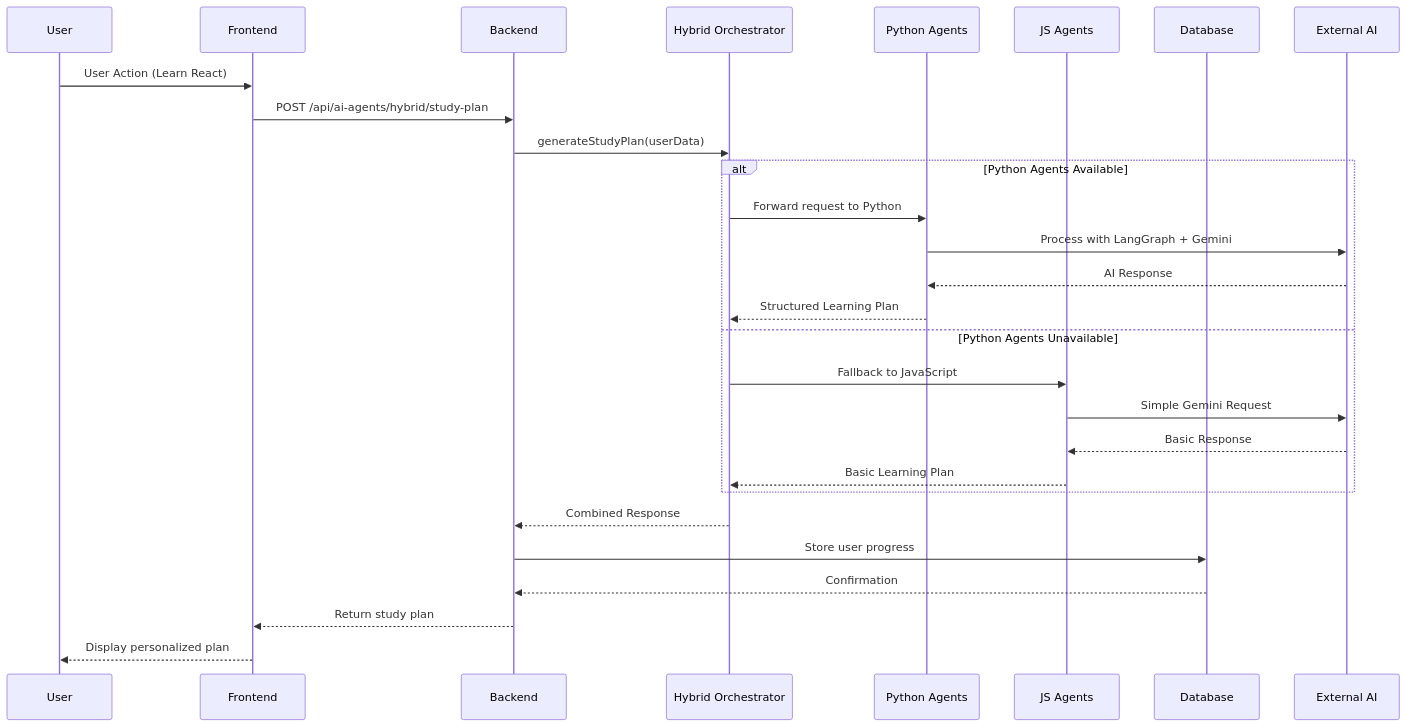
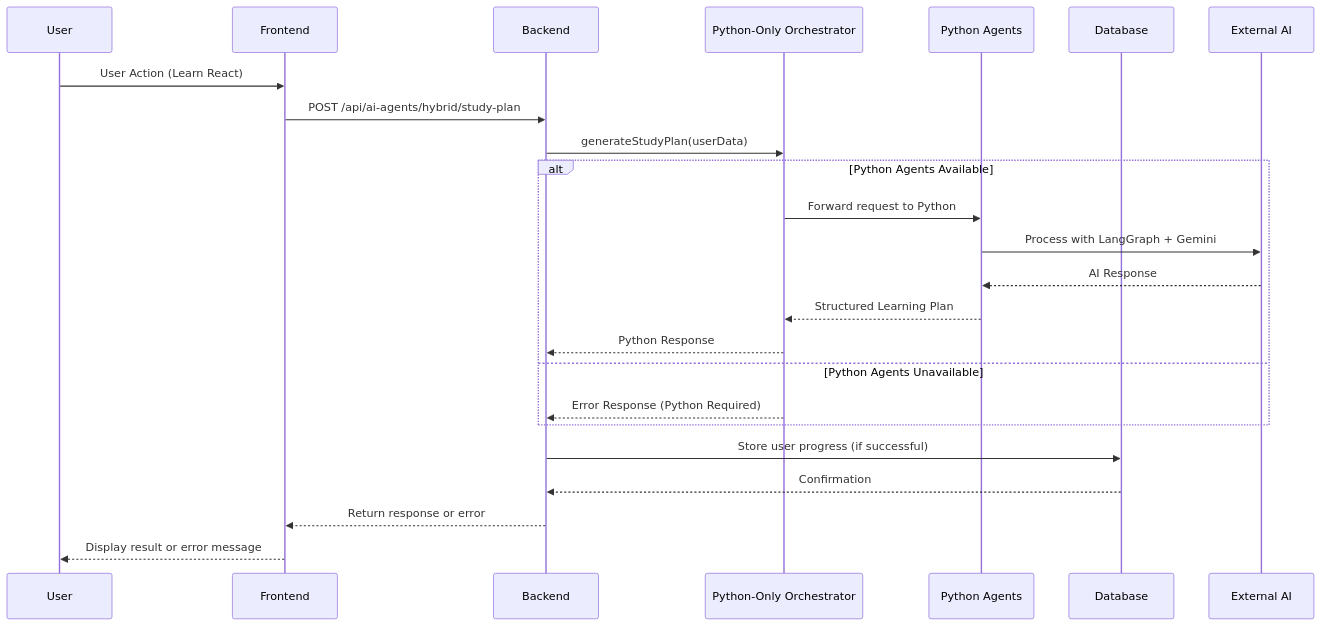
The second of 5 diagrams in PROJECT_ANALYSIS.md (sanjaynesan-05/AI-Powered-Study-Assistant), drawn with Mermaid before and after one commit. The commit also changed other lines of this file and 35 other files, not shown here.

First line of the commit message:
feat: Implement MCP server and orchestrator for AI study assistant

````diff
--- a/PROJECT_ANALYSIS.md
+++ b/PROJECT_ANALYSIS.md
@@ -134,33 +123,29 @@
 ```mermaid
 sequenceDiagram
     participant U as User
     participant F as Frontend
     participant B as Backend
-    participant HO as Hybrid Orchestrator
+    participant PO as Python-Only Orchestrator
     participant PA as Python Agents
-    participant JA as JS Agents
     participant DB as Database
     participant AI as External AI
     
     U->>F: User Action (Learn React)
     F->>B: POST /api/ai-agents/hybrid/study-plan
-    B->>HO: generateStudyPlan(userData)
+    B->>PO: generateStudyPlan(userData)
     
     alt Python Agents Available
-        HO->>PA: Forward request to Python
+        PO->>PA: Forward request to Python
         PA->>AI: Process with LangGraph + Gemini
         AI-->>PA: AI Response
-        PA-->>HO: Structured Learning Plan
+        PA-->>PO: Structured Learning Plan
+        PO-->>B: Python Response
     else Python Agents Unavailable
-        HO->>JA: Fallback to JavaScript
-        JA->>AI: Simple Gemini Request
-        AI-->>JA: Basic Response
-        JA-->>HO: Basic Learning Plan
+        PO-->>B: Error Response (Python Required)
     end
     
-    HO-->>B: Combined Response
-    B->>DB: Store user progress
+    B->>DB: Store user progress (if successful)
     DB-->>B: Confirmation
-    B-->>F: Return study plan
-    F-->>U: Display personalized plan
+    B-->>F: Return response or error
+    F-->>U: Display result or error message
 ```
````
